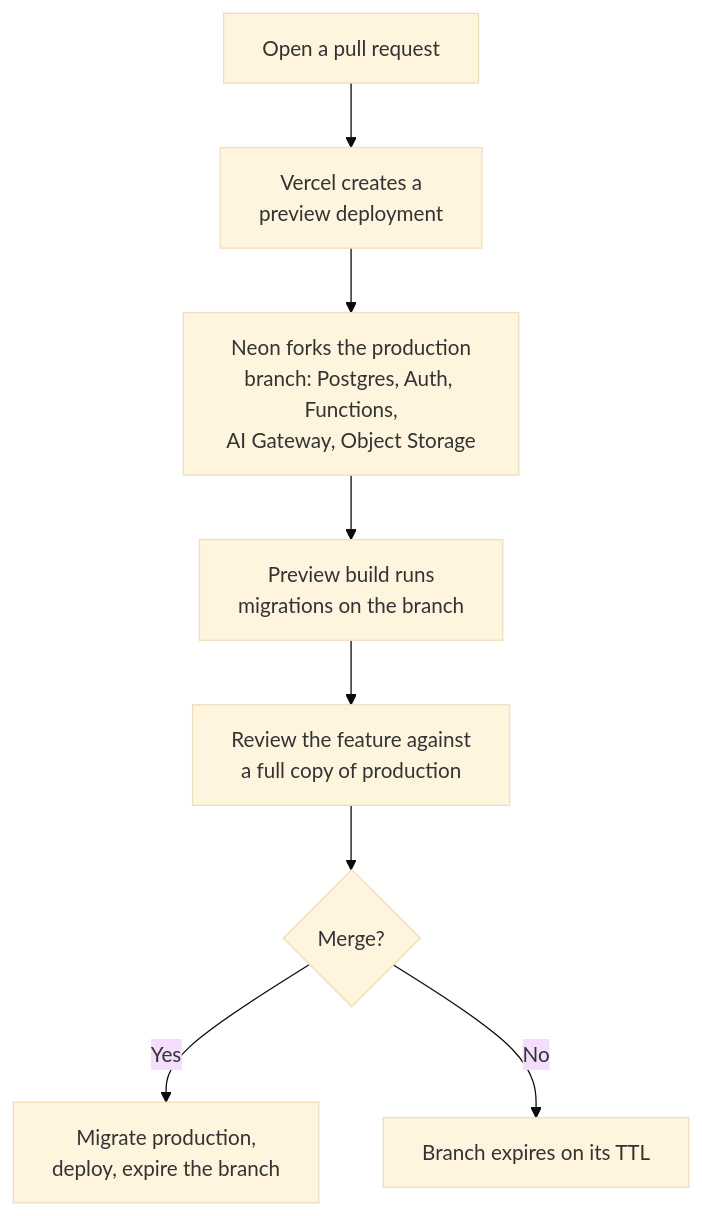
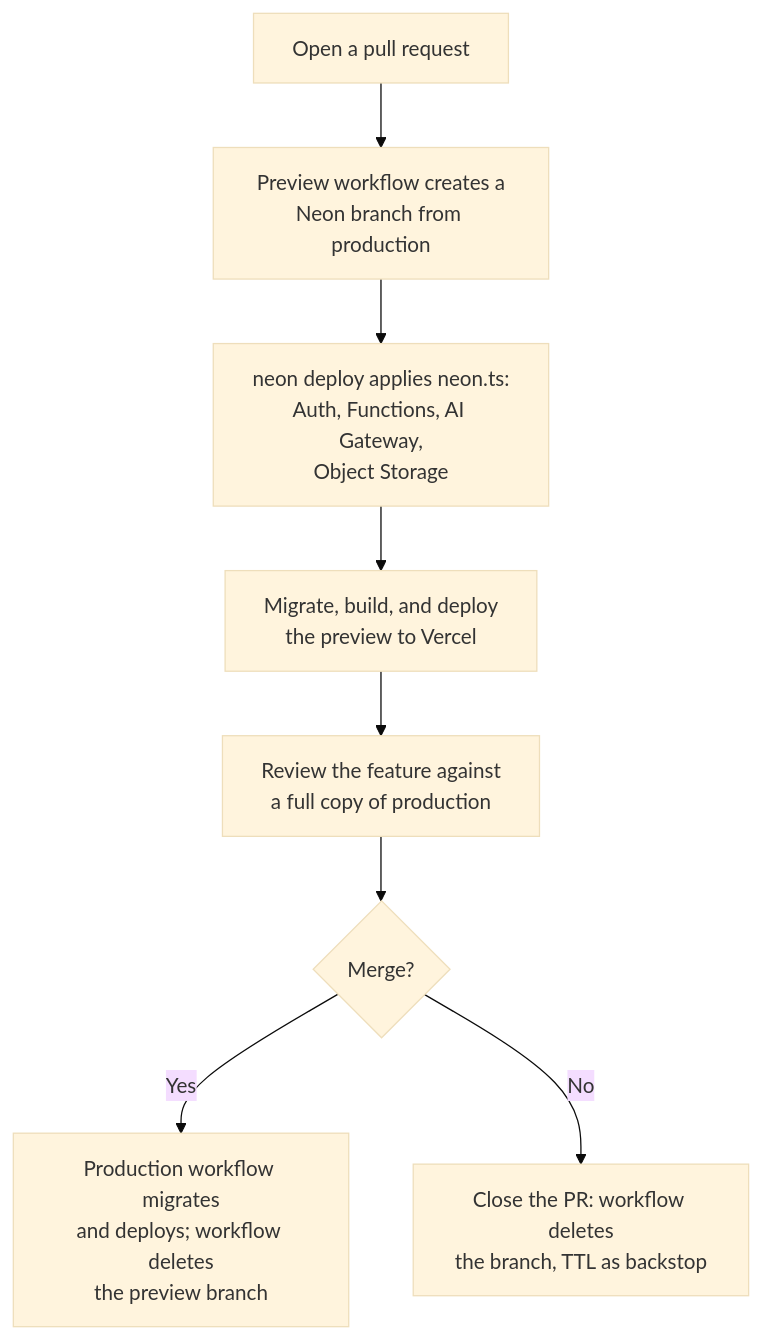
One commit to neondatabase/website changed the diagram in content/guides/branch-everything-preview-environments.md. Above: the diagram before and after it, drawn with Mermaid (base theme). The commit also changed other lines of this file and 1 other file, not shown here.

````diff
--- a/content/guides/branch-everything-preview-environments.md
+++ b/content/guides/branch-everything-preview-environments.md
@@ -63,10 +63,10 @@
 ```mermaid
 flowchart TD
-  A["Open a pull request"] --> B["Vercel creates a<br/>preview deployment"]
-  B --> C["Neon forks the production<br/>branch: Postgres, Auth, Functions,<br/>AI Gateway, Object Storage"]
-  C --> D["Preview build runs<br/>migrations on the branch"]
+  A["Open a pull request"] --> B["Preview workflow creates a<br/>Neon branch from production"]
+  B --> C["neon deploy applies neon.ts:<br/>Auth, Functions, AI Gateway,<br/>Object Storage"]
+  C --> D["Migrate, build, and deploy<br/>the preview to Vercel"]
   D --> E["Review the feature against<br/>a full copy of production"]
   E --> F{Merge?}
-  F -- Yes --> G["Migrate production,<br/>deploy, expire the branch"]
-  F -- No --> H["Branch expires on its TTL"]
+  F -- Yes --> G["Production workflow migrates<br/>and deploys; workflow deletes<br/>the preview branch"]
+  F -- No --> H["Close the PR: workflow deletes<br/>the branch, TTL as backstop"]
 ```
````
